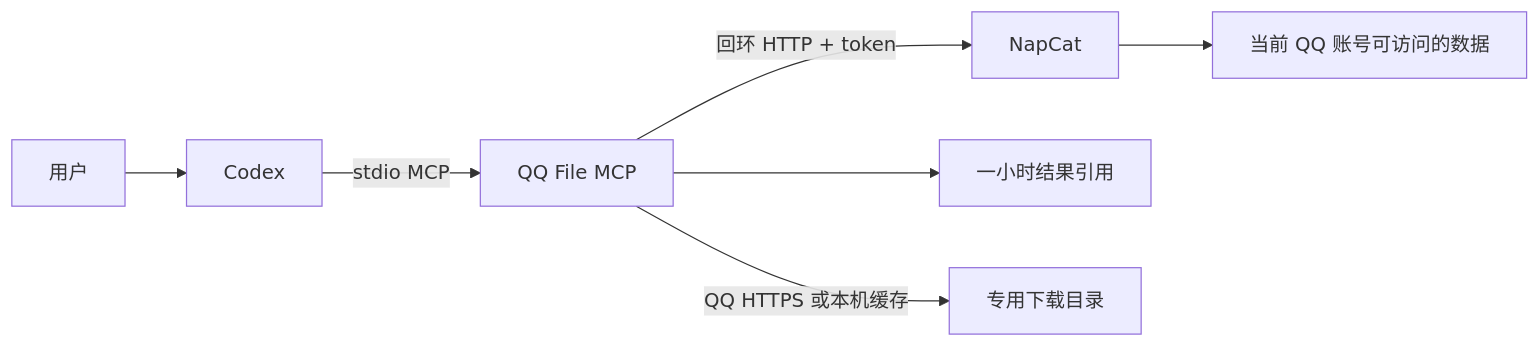
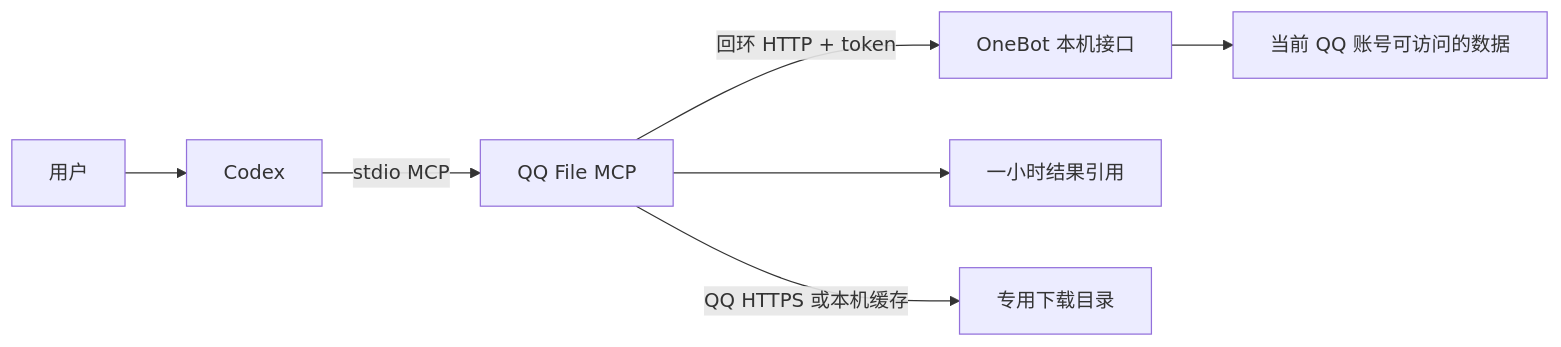
Before and after one commit to HJLiyu/qq-file-mcp: the diagram in docs/architecture.md, drawn with Mermaid. The commit also changed other lines of this file and 13 other files, not shown here.

````diff
--- a/docs/architecture.md
+++ b/docs/architecture.md
@@ -3,9 +3,9 @@
 ```mermaid
 flowchart LR
     User[用户] --> Codex[Codex]
     Codex -->|stdio MCP| Tool[QQ File MCP]
-    Tool -->|回环 HTTP + token| NapCat[NapCat]
-    NapCat --> QQ[当前 QQ 账号可访问的数据]
+    Tool -->|回环 HTTP + token| Bridge[OneBot 本机接口]
+    Bridge --> QQ[当前 QQ 账号可访问的数据]
     Tool --> State[一小时结果引用]
     Tool -->|QQ HTTPS 或本机缓存| Downloads[专用下载目录]
 ```
````
